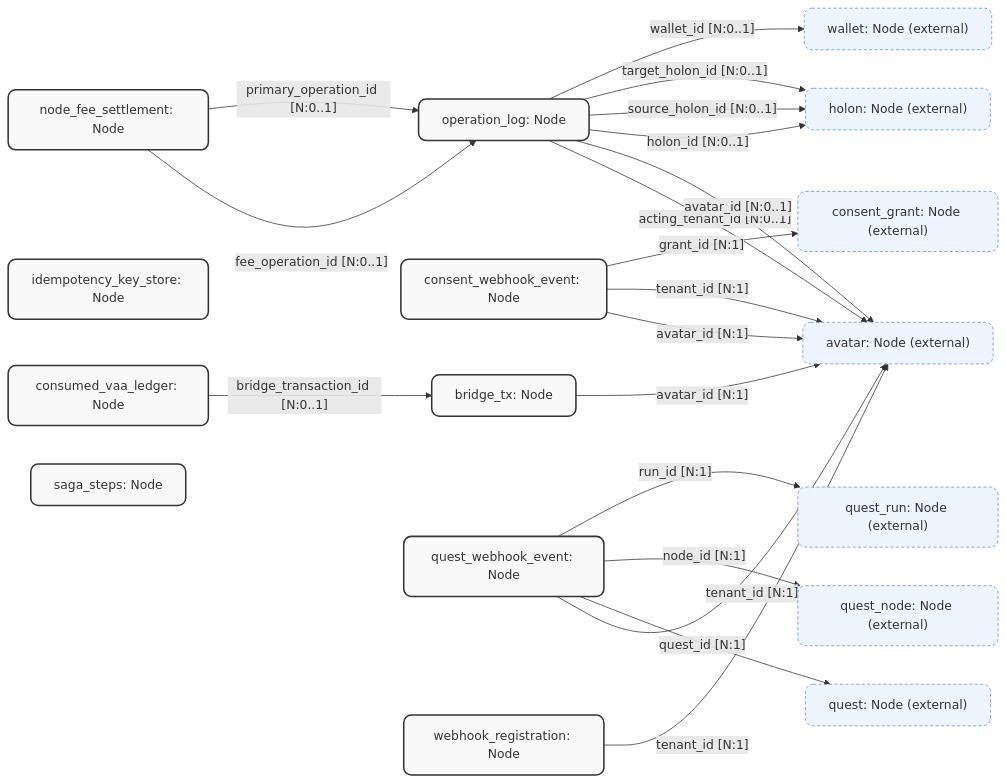
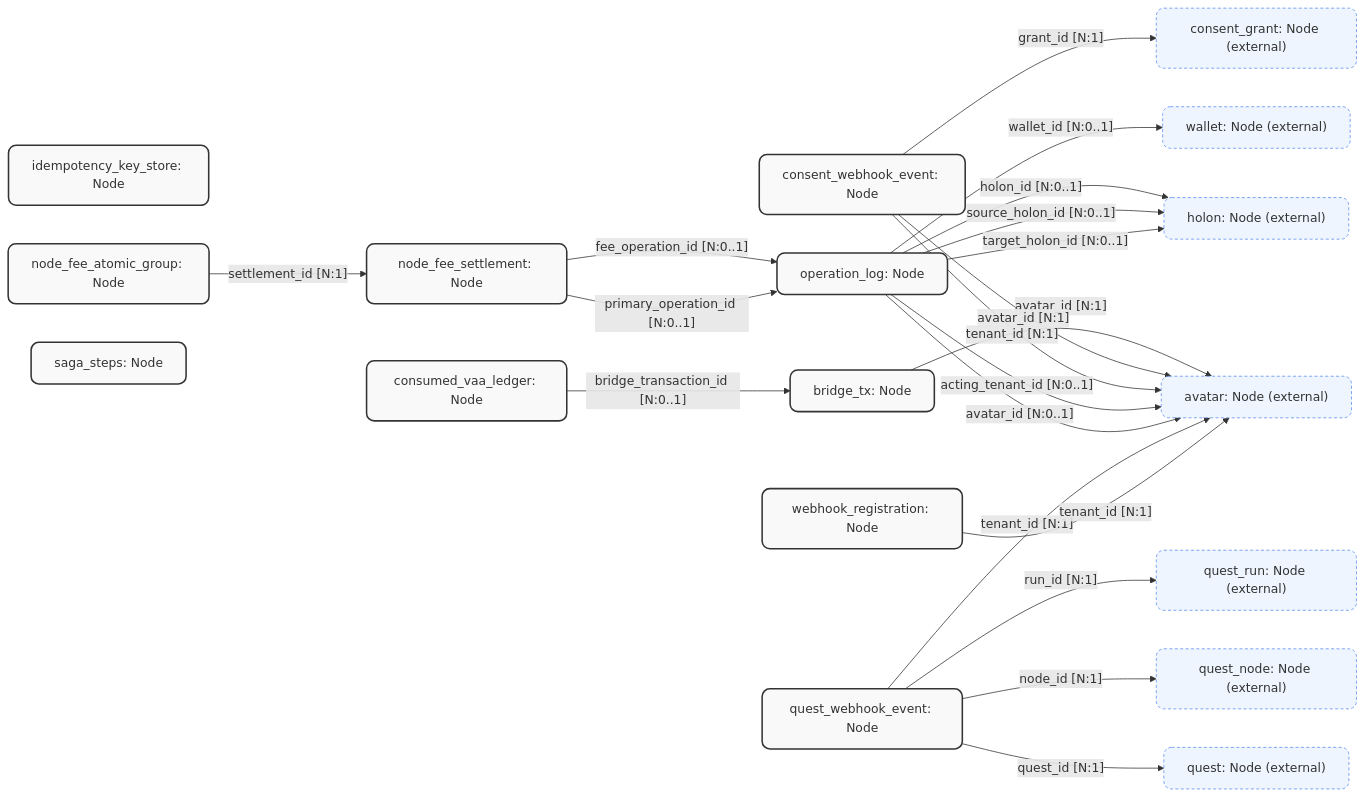
Before and after one commit to JadeZaher/azoa-autonomous-zones-of-action: the diagram in Persistence/SurrealDb/Generated/Flowcharts/bridge.flowchart.mermaid, drawn with Mermaid. The commit also changed 23 other files, not shown here.

Commit message:
feat(settlement): persist accepted atomic group receipts

```diff
--- a/Persistence/SurrealDb/Generated/Flowcharts/bridge.flowchart.mermaid
+++ b/Persistence/SurrealDb/Generated/Flowcharts/bridge.flowchart.mermaid
@@ -1,47 +1,49 @@
 graph LR
     %% Slice: bridge
     %% GENERATED FILE -- do not edit. Source: SurrealDB schema attribute scan.
     %% Regenerate with: dotnet run --project packages/SurrealForge.Schema -- flowcharts
 
     %% Nodes in this slice
     bridge_tx["bridge_tx: Node"]:::nodeClass
     consent_webhook_event["consent_webhook_event: Node"]:::nodeClass
     consumed_vaa_ledger["consumed_vaa_ledger: Node"]:::nodeClass
     idempotency_key_store["idempotency_key_store: Node"]:::nodeClass
+    node_fee_atomic_group["node_fee_atomic_group: Node"]:::nodeClass
     node_fee_settlement["node_fee_settlement: Node"]:::nodeClass
     operation_log["operation_log: Node"]:::nodeClass
     quest_webhook_event["quest_webhook_event: Node"]:::nodeClass
     saga_steps["saga_steps: Node"]:::nodeClass
     webhook_registration["webhook_registration: Node"]:::nodeClass
 
     %% Cross-slice targets (rendered as ghost nodes)
     avatar["avatar: Node (external)"]:::externalNode
     consent_grant["consent_grant: Node (external)"]:::externalNode
     holon["holon: Node (external)"]:::externalNode
     quest["quest: Node (external)"]:::externalNode
     quest_node["quest_node: Node (external)"]:::externalNode
     quest_run["quest_run: Node (external)"]:::externalNode
     wallet["wallet: Node (external)"]:::externalNode
 
     %% Edges (outbound from this slice)
     bridge_tx -- "avatar_id [N:1]" --> avatar
     consent_webhook_event -- "avatar_id [N:1]" --> avatar
     consent_webhook_event -- "tenant_id [N:1]" --> avatar
     consent_webhook_event -- "grant_id [N:1]" --> consent_grant
     consumed_vaa_ledger -- "bridge_transaction_id [N:0..1]" --> bridge_tx
+    node_fee_atomic_group -- "settlement_id [N:1]" --> node_fee_settlement
     node_fee_settlement -- "fee_operation_id [N:0..1]" --> operation_log
     node_fee_settlement -- "primary_operation_id [N:0..1]" --> operation_log
     operation_log -- "acting_tenant_id [N:0..1]" --> avatar
     operation_log -- "avatar_id [N:0..1]" --> avatar
     operation_log -- "holon_id [N:0..1]" --> holon
     operation_log -- "source_holon_id [N:0..1]" --> holon
     operation_log -- "target_holon_id [N:0..1]" --> holon
     operation_log -- "wallet_id [N:0..1]" --> wallet
     quest_webhook_event -- "tenant_id [N:1]" --> avatar
     quest_webhook_event -- "quest_id [N:1]" --> quest
     quest_webhook_event -- "node_id [N:1]" --> quest_node
     quest_webhook_event -- "run_id [N:1]" --> quest_run
     webhook_registration -- "tenant_id [N:1]" --> avatar
 
     classDef nodeClass fill:#f9f9f9,stroke:#333,stroke-width:2px,rx:10px,ry:10px;
     classDef externalNode fill:#eef5ff,stroke:#5b8def,stroke-width:1px,stroke-dasharray:4 3,rx:10px,ry:10px;
```
